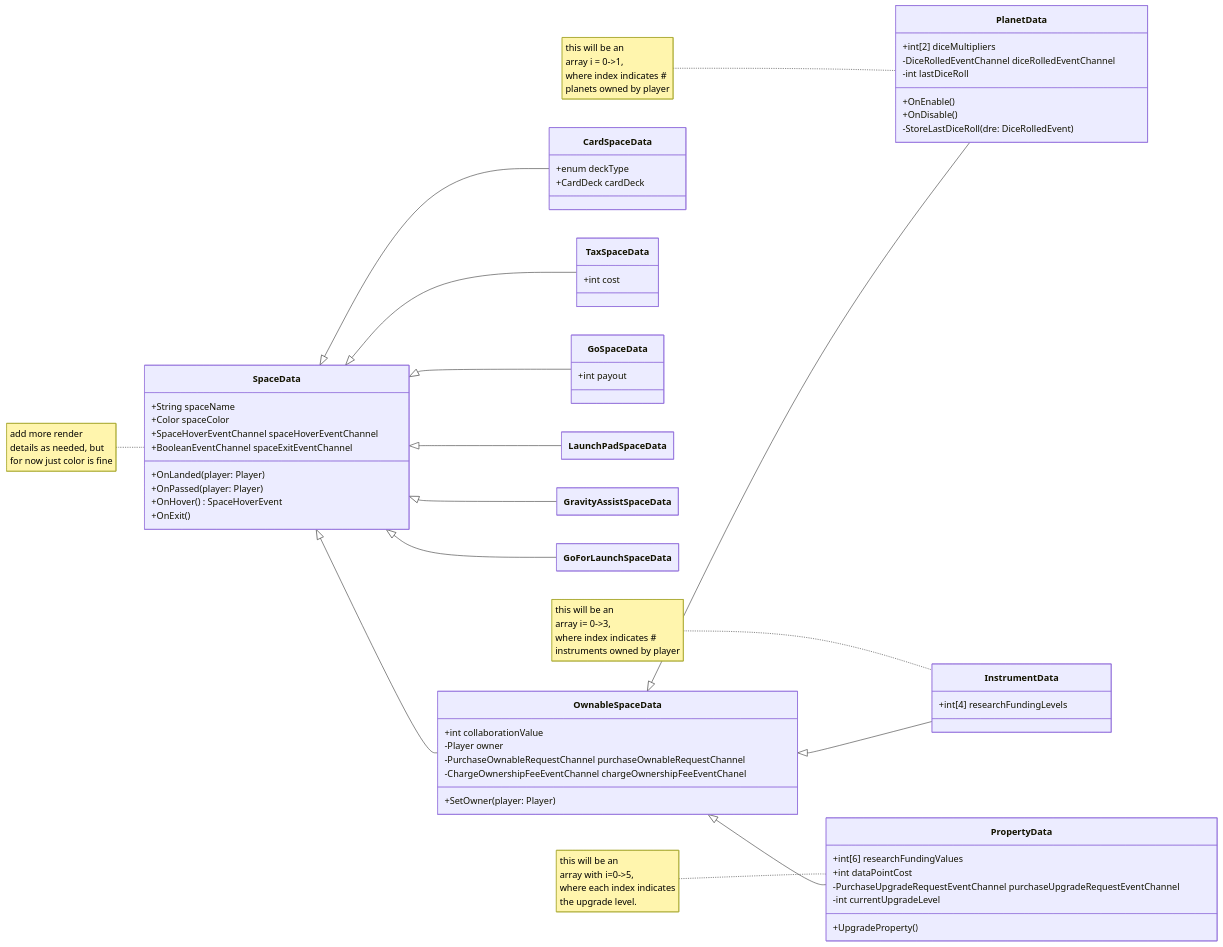
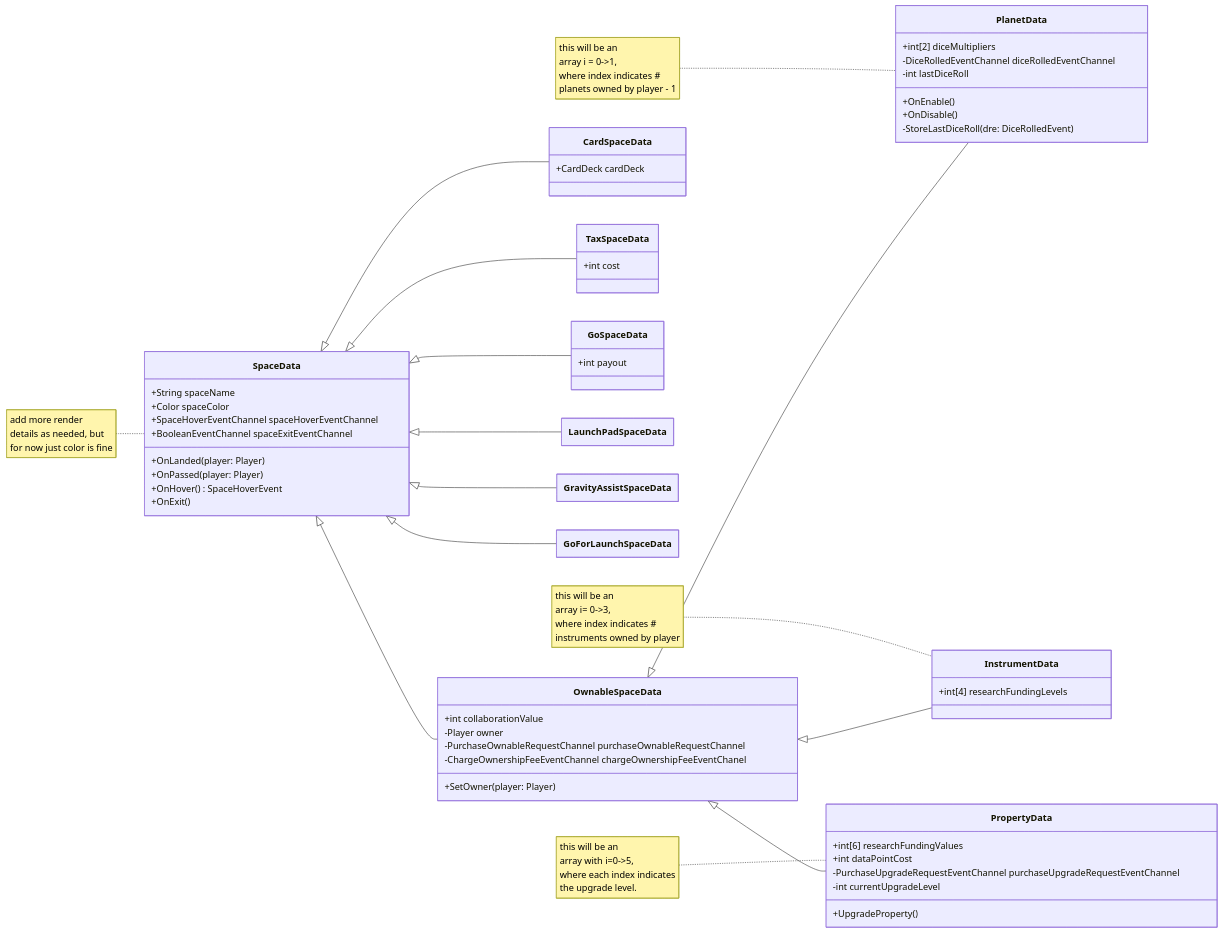
One commit to missiontopsyche-platinum/platinum_24a_game_psycheopoly-se changed the diagram in Assets/Scripts/Data/SpaceData/SpaceData-Hierarchy.mmd. Above: the diagram before and after it, drawn with Mermaid. The commit also changed 6 other files, not shown here.

```diff
--- a/Assets/Scripts/Data/SpaceData/SpaceData-Hierarchy.mmd
+++ b/Assets/Scripts/Data/SpaceData/SpaceData-Hierarchy.mmd
@@ -1,89 +1,88 @@
 ---
 config:
     class:
         hideEmptyMembersBox: true
 ---
 classDiagram
     direction LR
     
     note for SpaceData  "add more render
                         details as needed, but
                         for now just color is fine"
     class SpaceData{
         +String spaceName
         +Color spaceColor
         +SpaceHoverEventChannel spaceHoverEventChannel
         +BooleanEventChannel spaceExitEventChannel
         +OnLanded(player: Player)
         +OnPassed(player: Player)
         +OnHover() SpaceHoverEvent
         +OnExit()
     }
     class OwnableSpaceData{
         +int collaborationValue
         -Player owner
         -PurchaseOwnableRequestChannel purchaseOwnableRequestChannel
         -ChargeOwnershipFeeEventChannel chargeOwnershipFeeEventChanel
         +SetOwner(player: Player)
     }
     
     note for PropertyData       "this will be an
                                 array with i=0->5,
                                 where each index indicates
                                 the upgrade level."
     class PropertyData{
         +int[6] researchFundingValues
         +int dataPointCost
         -PurchaseUpgradeRequestEventChannel purchaseUpgradeRequestEventChannel
         -int currentUpgradeLevel
         +UpgradeProperty()
     }
     
     note for PlanetData         "this will be an
                                 array i = 0->1,
                                 where index indicates # 
-                                planets owned by player"
+                                planets owned by player - 1"
     class PlanetData{
         +int[2] diceMultipliers
         -DiceRolledEventChannel diceRolledEventChannel
         -int lastDiceRoll
         +OnEnable()
         +OnDisable()
         -StoreLastDiceRoll(dre: DiceRolledEvent)
     }
     
     note for InstrumentData     "this will be an
                                 array i= 0->3,
                                 where index indicates #
                                 instruments owned by player"
     class InstrumentData{
         +int[4] researchFundingLevels
     }
     
     class CardSpaceData{
-        +enum deckType
         +CardDeck cardDeck
     }
     
     class TaxSpaceData{
         +int cost
     }
     
     class GoSpaceData{
         +int payout
     }
 
     class LaunchPadSpaceData
     class GravityAssistSpaceData
     class GoForLaunchSpaceData
 
     SpaceData <|-- TaxSpaceData
     SpaceData <|-- GoSpaceData
     SpaceData <|-- GoForLaunchSpaceData
     SpaceData <|-- GravityAssistSpaceData
     SpaceData <|-- LaunchPadSpaceData
     SpaceData <|-- CardSpaceData
     SpaceData <|-- OwnableSpaceData
     OwnableSpaceData <|-- PlanetData
     OwnableSpaceData <|-- InstrumentData
     OwnableSpaceData <|-- PropertyData
```
